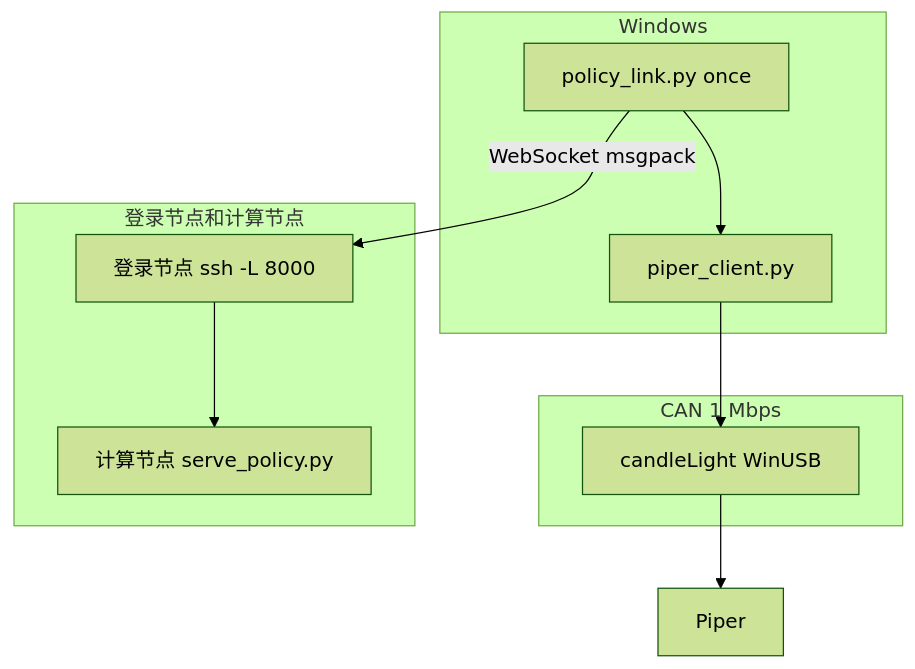
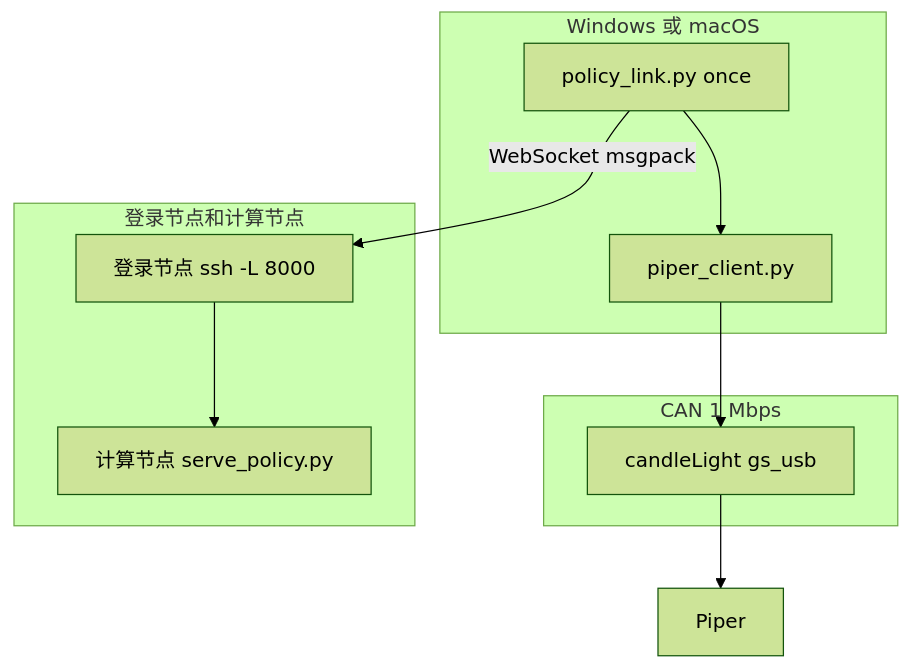
The diagram in 开发文档.md (TzJ2006/CEI_robot_arms), drawn with Mermaid (forest theme) before and after one commit. The commit also changed other lines of this file and 6 other files, not shown here.

First line of the commit message:
Document Windows and Mac support, and show the camera while recording.

````diff
--- a/开发文档.md
+++ b/开发文档.md
@@ -5,19 +5,19 @@
 ```mermaid
 flowchart TB
-  subgraph win [Windows]
+  subgraph pc [Windows 或 macOS]
     client[policy_link.py once]
     armclient[piper_client.py]
     client --> armclient
   end
   subgraph bus [CAN 1 Mbps]
-    adapter[candleLight WinUSB]
+    adapter[candleLight gs_usb]
   end
   subgraph cluster [登录节点和计算节点]
     tunnel[登录节点 ssh -L 8000]
     server[计算节点 serve_policy.py]
   end
   armclient --> adapter
   adapter --> piper[Piper]
   client -->|WebSocket msgpack| tunnel
   tunnel --> server
 ```
````
